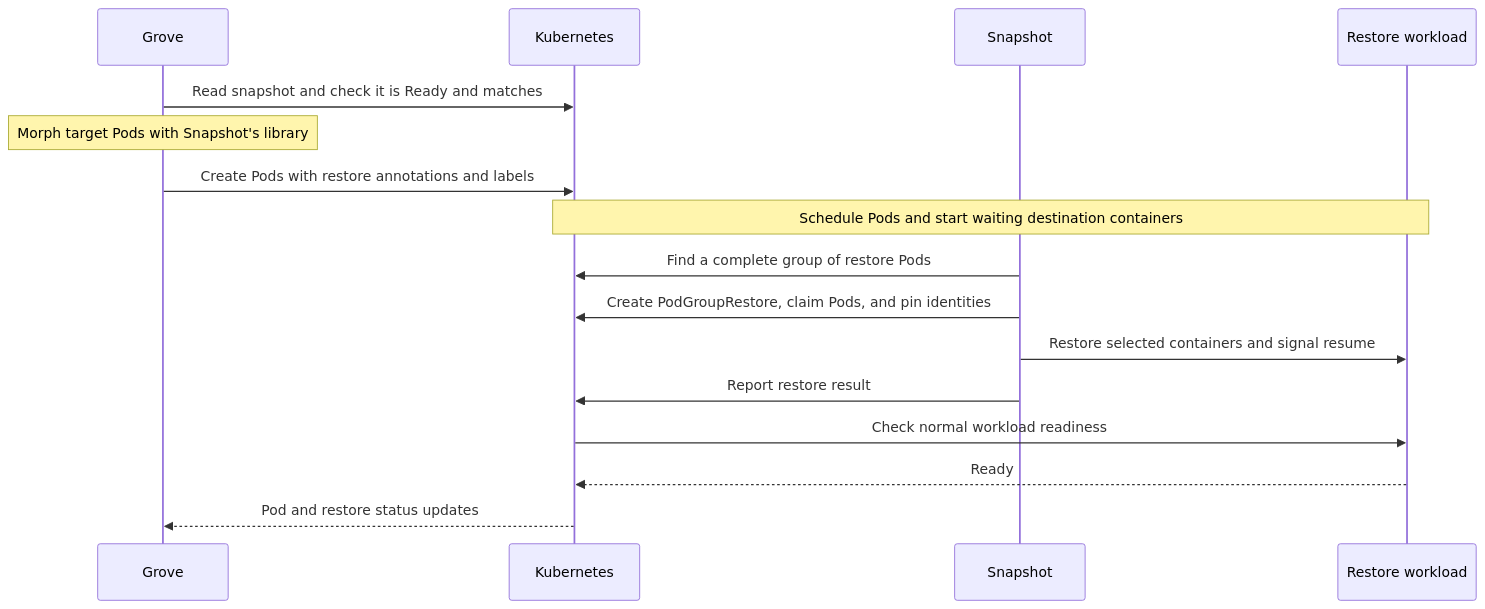
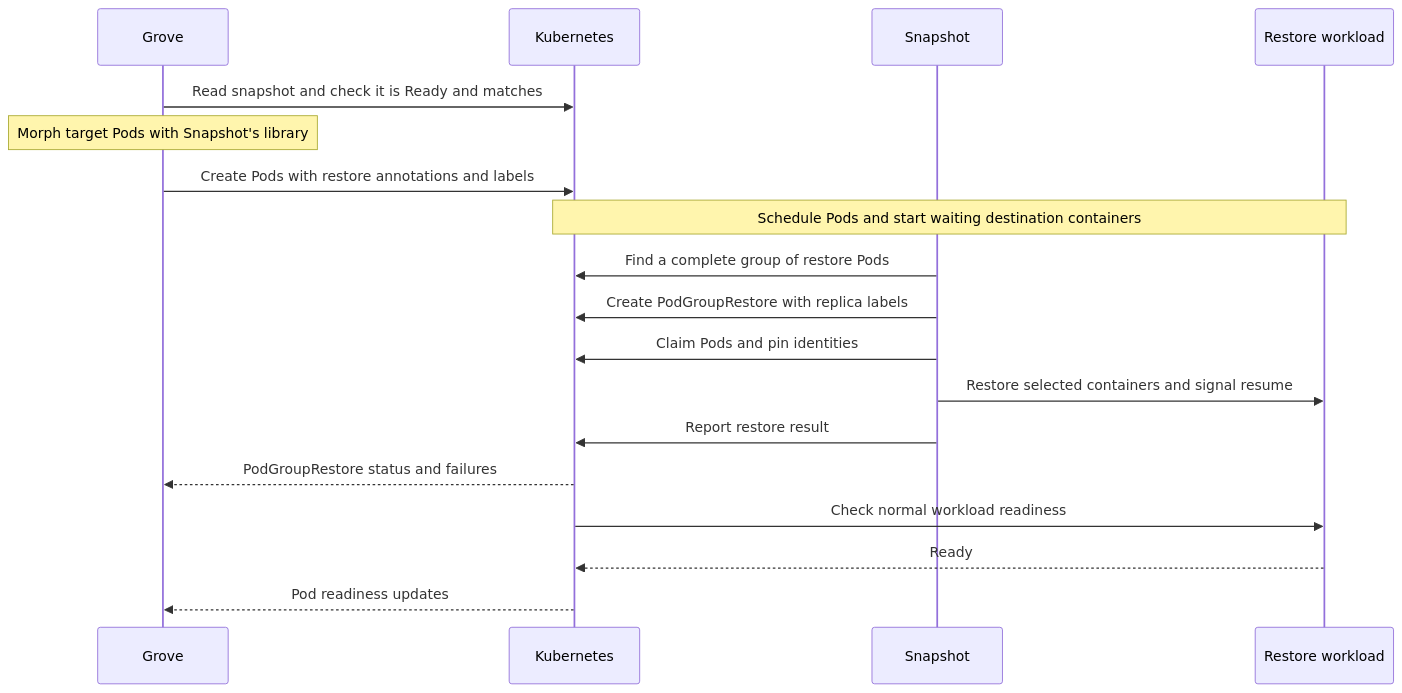
One commit to ai-dynamo/grove changed the second of 2 diagrams in docs/proposals/1020-snapshot-capture-restore/README.md. Above: the diagram before and after it, drawn with Mermaid. The commit also changed other lines of this file, not shown here.

Commit message:
docs: explain restore attempt discovery and monitoring

````diff
--- a/docs/proposals/1020-snapshot-capture-restore/README.md
+++ b/docs/proposals/1020-snapshot-capture-restore/README.md
@@ -276,18 +276,20 @@
 ```mermaid
 sequenceDiagram
     participant G as Grove
     participant K as Kubernetes
     participant S as Snapshot
     participant W as Restore workload
     G->>K: Read snapshot and check it is Ready and matches
     Note over G: Morph target Pods with Snapshot's library
     G->>K: Create Pods with restore annotations and labels
     Note over K,W: Schedule Pods and start waiting destination containers
     S->>K: Find a complete group of restore Pods
-    S->>K: Create PodGroupRestore, claim Pods, and pin identities
+    S->>K: Create PodGroupRestore with replica labels
+    S->>K: Claim Pods and pin identities
     S->>W: Restore selected containers and signal resume
     S->>K: Report restore result
+    K-->>G: PodGroupRestore status and failures
     K->>W: Check normal workload readiness
     W-->>K: Ready
-    K-->>G: Pod and restore status updates
+    K-->>G: Pod readiness updates
 ```
````
